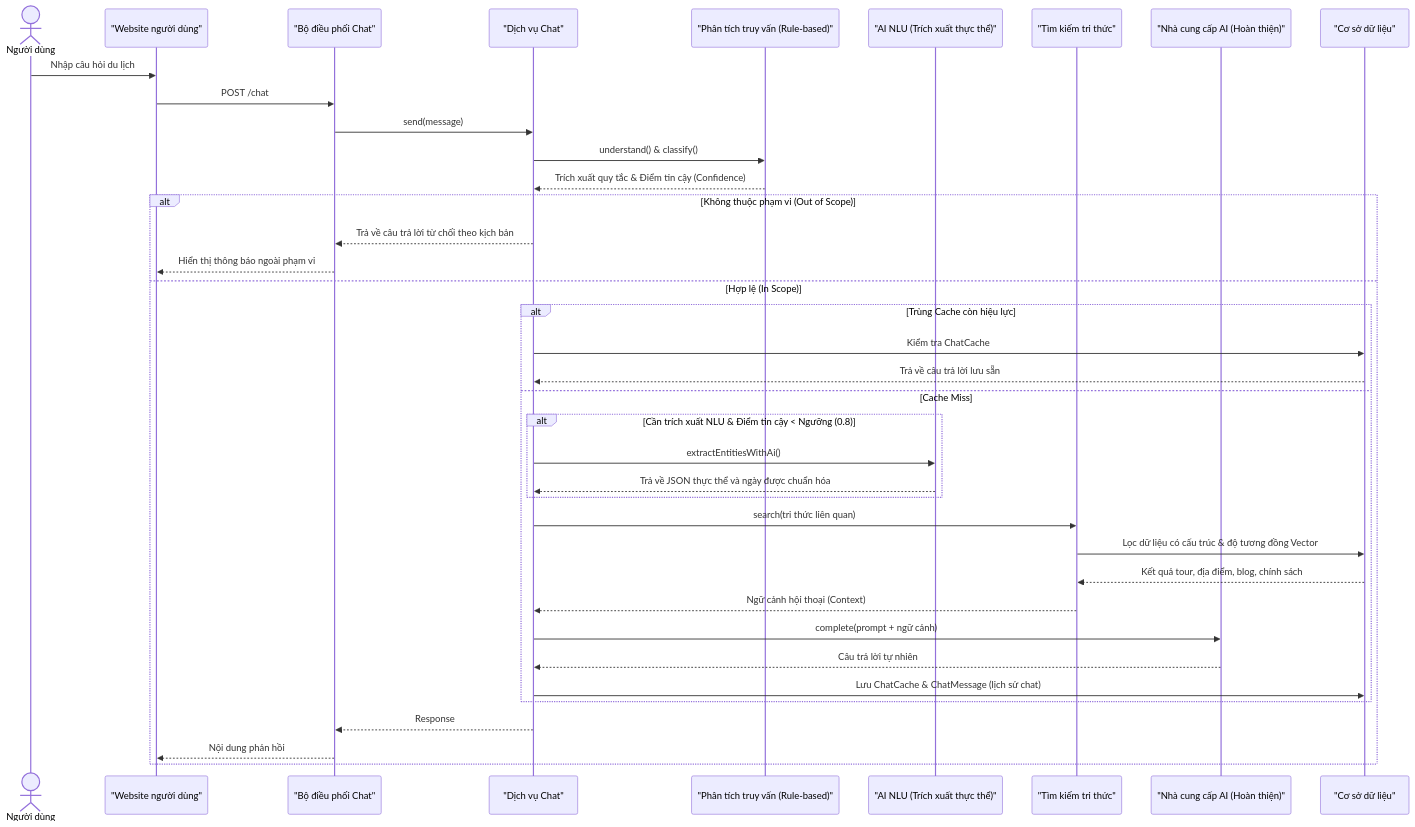
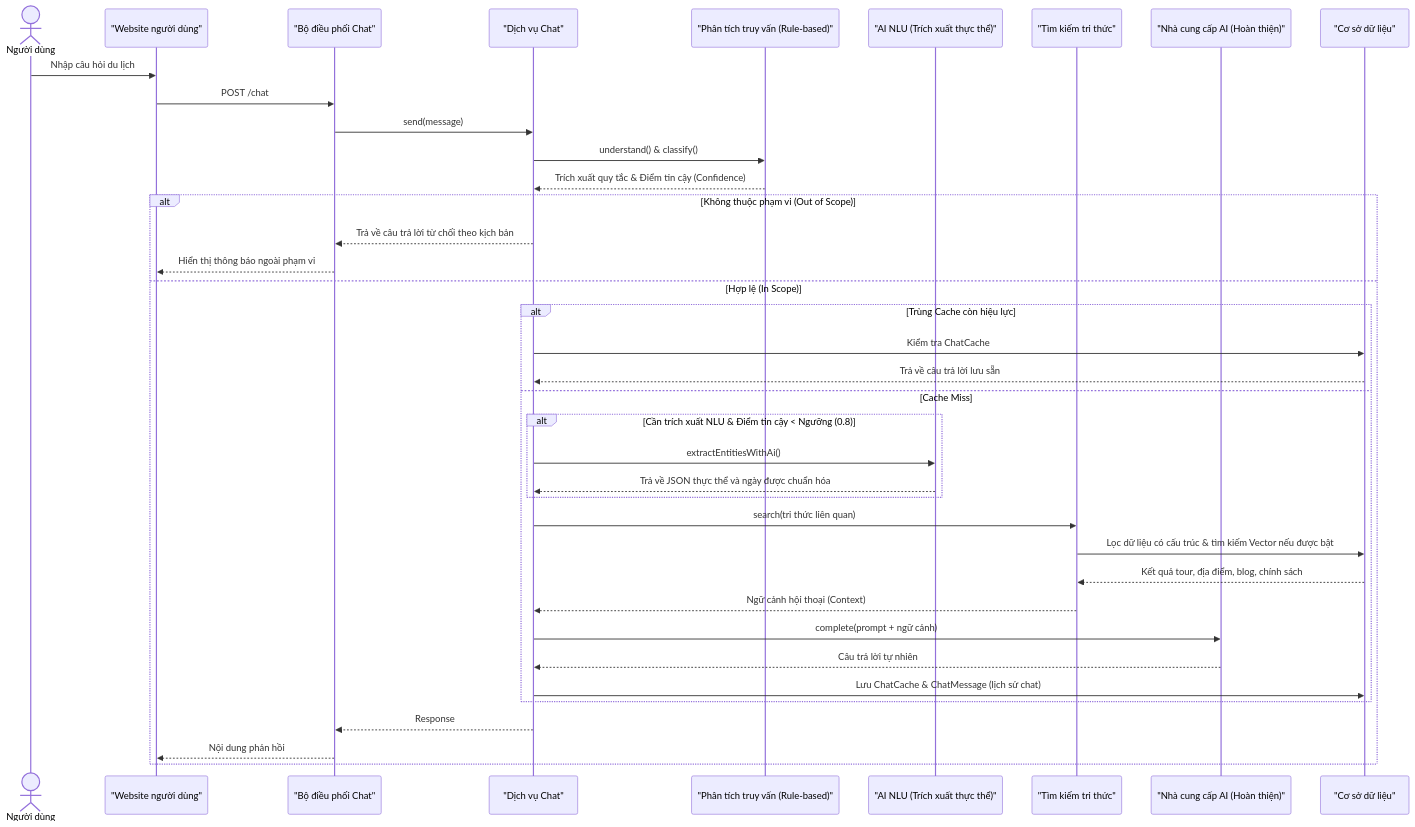
The sixth of 9 diagrams in bao-cao-do-an-danangtrip-md/03_chuong_2_phan_tich_thiet_ke_he_thong.md (TayDuyNguyen/DATN_Document), drawn with Mermaid before and after one commit. The commit also changed other lines of this file and 5 other files, not shown here.

````diff
--- a/bao-cao-do-an-danangtrip-md/03_chuong_2_phan_tich_thiet_ke_he_thong.md
+++ b/bao-cao-do-an-danangtrip-md/03_chuong_2_phan_tich_thiet_ke_he_thong.md
@@ -418,42 +418,42 @@
 ```mermaid
 sequenceDiagram
     actor U as Người dùng
     participant W as "Website người dùng"
     participant API as "Bộ điều phối Chat"
     participant S as "Dịch vụ Chat"
     participant QU as "Phân tích truy vấn (Rule-based)"
     participant AI_NLU as "AI NLU (Trích xuất thực thể)"
     participant K as "Tìm kiếm tri thức"
     participant AI as "Nhà cung cấp AI (Hoàn thiện)"
     participant DB as "Cơ sở dữ liệu"
 
     U->>W: Nhập câu hỏi du lịch
     W->>API: POST /chat
     API->>S: send(message)
     S->>QU: understand() & classify()
     QU-->>S: Trích xuất quy tắc & Điểm tin cậy (Confidence)
     
     alt Không thuộc phạm vi (Out of Scope)
         S-->>API: Trả về câu trả lời từ chối theo kịch bản
         API-->>W: Hiển thị thông báo ngoài phạm vi
     else Hợp lệ (In Scope)
         alt Trùng Cache còn hiệu lực
             S->>DB: Kiểm tra ChatCache
             DB-->>S: Trả về câu trả lời lưu sẵn
         else Cache Miss
             alt Cần trích xuất NLU & Điểm tin cậy < Ngưỡng (0.8)
                 S->>AI_NLU: extractEntitiesWithAi()
                 AI_NLU-->>S: Trả về JSON thực thể và ngày được chuẩn hóa
             end
             S->>K: search(tri thức liên quan)
-            K->>DB: Lọc dữ liệu có cấu trúc & độ tương đồng Vector
+            K->>DB: Lọc dữ liệu có cấu trúc & tìm kiếm Vector nếu được bật
             DB-->>K: Kết quả tour, địa điểm, blog, chính sách
             K-->>S: Ngữ cảnh hội thoại (Context)
             S->>AI: complete(prompt + ngữ cảnh)
             AI-->>S: Câu trả lời tự nhiên
             S->>DB: Lưu ChatCache & ChatMessage (lịch sử chat)
         end
         S-->>API: Response
         API-->>W: Nội dung phản hồi
     end
 ```
````
